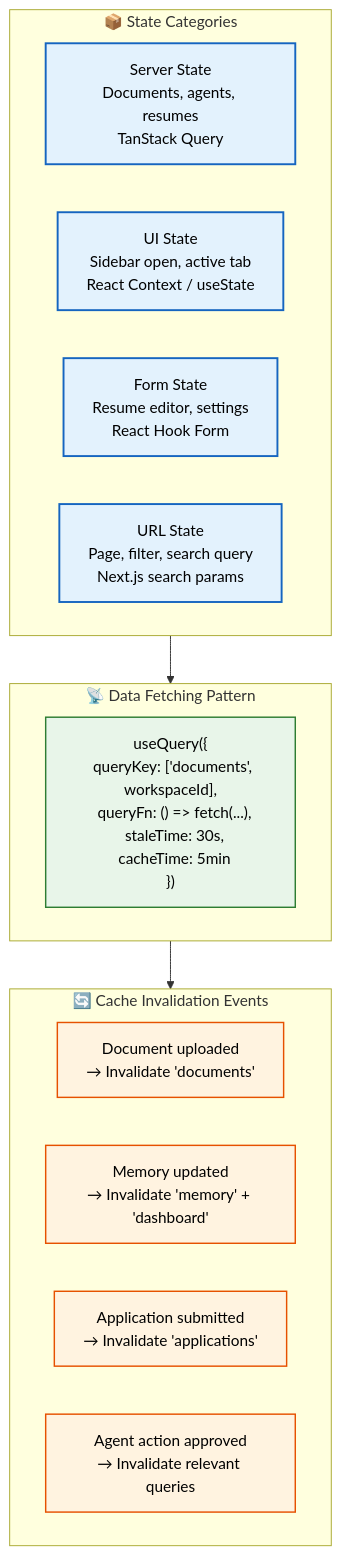
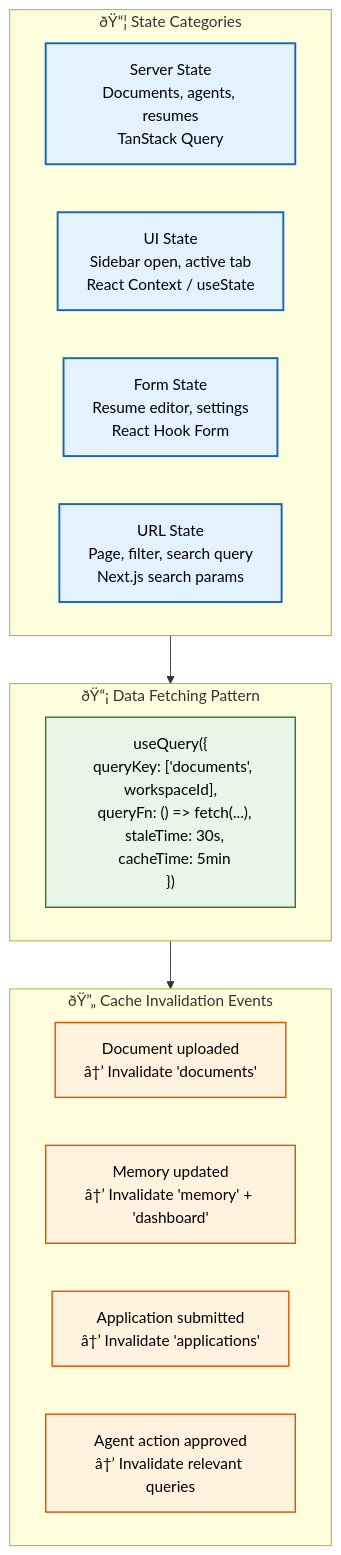
Before and after one commit to Driftloom/Vaeloom: the first of 2 diagrams in Docs/Frontend/State-Management.md, drawn with Mermaid. The commit also changed other lines of this file and 249 other files, not shown here.

````diff
--- a/Docs/Frontend/State-Management.md
+++ b/Docs/Frontend/State-Management.md
@@ -8,30 +8,30 @@
 ```mermaid
 graph TD
     classDef category fill:#e3f2fd,stroke:#1565c0,color:#000,stroke-width:2px
     classDef tech fill:#e8f5e9,stroke:#2e7d32,color:#000,stroke-width:1.5px
     classDef invalidate fill:#fff3e0,stroke:#e65100,color:#000,stroke-width:1.5px
 
-    subgraph Categories["📦 State Categories"]
+    subgraph Categories["ðŸ“¦ State Categories"]
         C1["Server State<br/>Documents, agents, resumes<br/>TanStack Query"]
         C2["UI State<br/>Sidebar open, active tab<br/>React Context / useState"]
         C3["Form State<br/>Resume editor, settings<br/>React Hook Form"]
         C4["URL State<br/>Page, filter, search query<br/>Next.js search params"]
     end
 
-    subgraph FetchPattern["📡 Data Fetching Pattern"]
+    subgraph FetchPattern["ðŸ“¡ Data Fetching Pattern"]
         F1["useQuery({<br/>  queryKey: ['documents', workspaceId],<br/>  queryFn: () => fetch(...),<br/>  staleTime: 30s,<br/>  cacheTime: 5min<br/>})"]
     end
 
-    subgraph Invalidation["🔄 Cache Invalidation Events"]
-        I1["Document uploaded<br/>→ Invalidate 'documents'"]
-        I2["Memory updated<br/>→ Invalidate 'memory' + 'dashboard'"]
-        I3["Application submitted<br/>→ Invalidate 'applications'"]
-        I4["Agent action approved<br/>→ Invalidate relevant queries"]
+    subgraph Invalidation["ðŸ”„ Cache Invalidation Events"]
+        I1["Document uploaded<br/>â†’ Invalidate 'documents'"]
+        I2["Memory updated<br/>â†’ Invalidate 'memory' + 'dashboard'"]
+        I3["Application submitted<br/>â†’ Invalidate 'applications'"]
+        I4["Agent action approved<br/>â†’ Invalidate relevant queries"]
     end
 
     Categories --> FetchPattern --> Invalidation
 
     class C1,C2,C3,C4 category
     class F1 tech
     class I1,I2,I3,I4 invalidate
 ```
````
